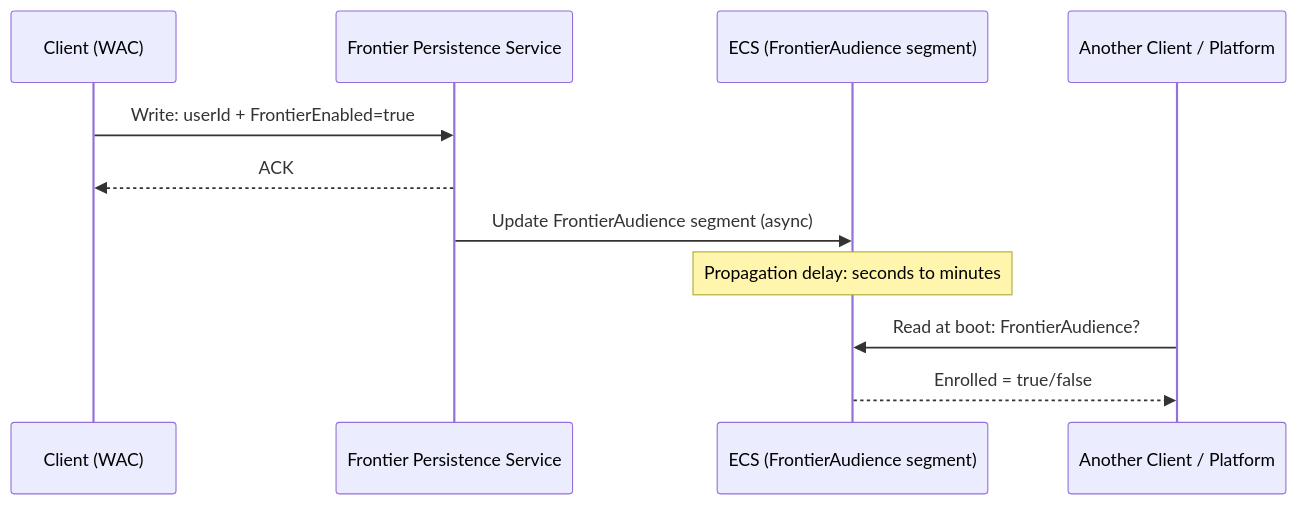
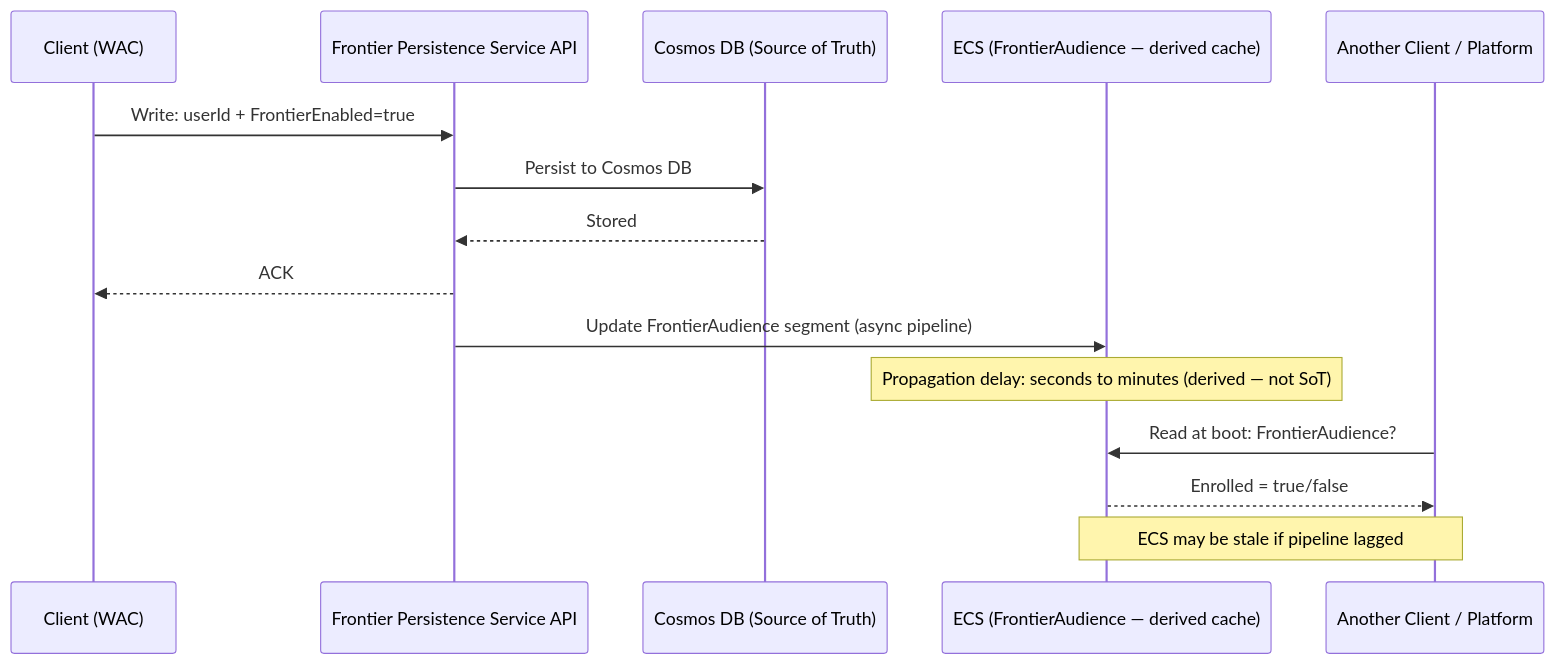
One commit to AbhishekBag/FrontierInitiative changed the third of 10 diagrams in docs/Frontier_State_Control_Consent_v2.md. Above: the diagram before and after it, drawn with Mermaid. The commit also changed other lines of this file, not shown here.

First line of the commit message:
Update Frontier v2.0 doc with May 8 meeting transcript insights

````diff
--- a/docs/Frontier_State_Control_Consent_v2.md
+++ b/docs/Frontier_State_Control_Consent_v2.md
@@ -196,15 +217,19 @@
 ```mermaid
 sequenceDiagram
     participant C as Client (WAC)
-    participant FPS as Frontier Persistence Service
-    participant ECS as ECS (FrontierAudience segment)
+    participant FPS as Frontier Persistence Service API
+    participant DB as Cosmos DB (Source of Truth)
+    participant ECS as ECS (FrontierAudience — derived cache)
     participant C2 as Another Client / Platform
 
     C->>FPS: Write: userId + FrontierEnabled=true
+    FPS->>DB: Persist to Cosmos DB
+    DB-->>FPS: Stored
     FPS-->>C: ACK
-    FPS->>ECS: Update FrontierAudience segment (async)
-    Note over ECS: Propagation delay: seconds to minutes
+    FPS->>ECS: Update FrontierAudience segment (async pipeline)
+    Note over ECS: Propagation delay: seconds to minutes (derived — not SoT)
 
     C2->>ECS: Read at boot: FrontierAudience?
     ECS-->>C2: Enrolled = true/false
+    Note over C2,ECS: ECS may be stale if pipeline lagged
 ```
````
